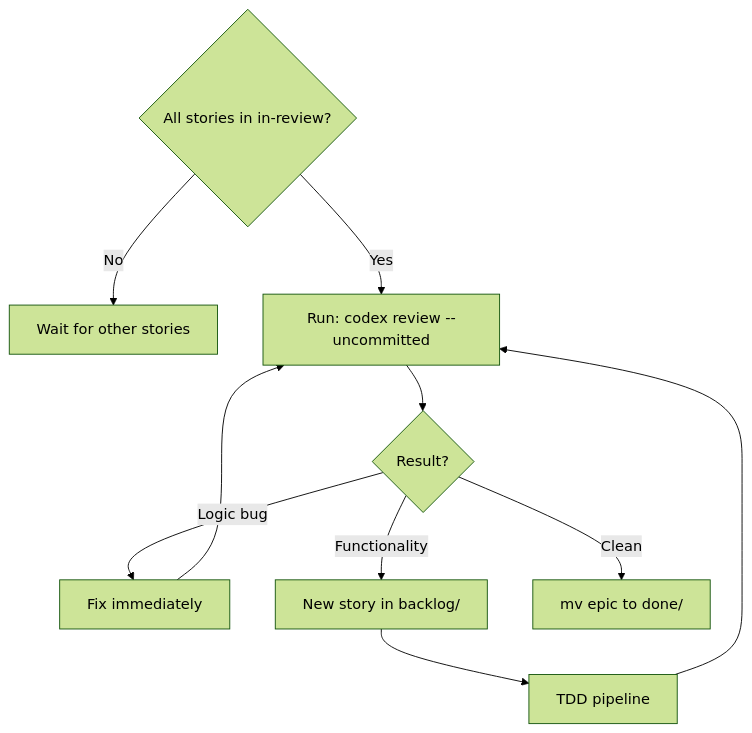
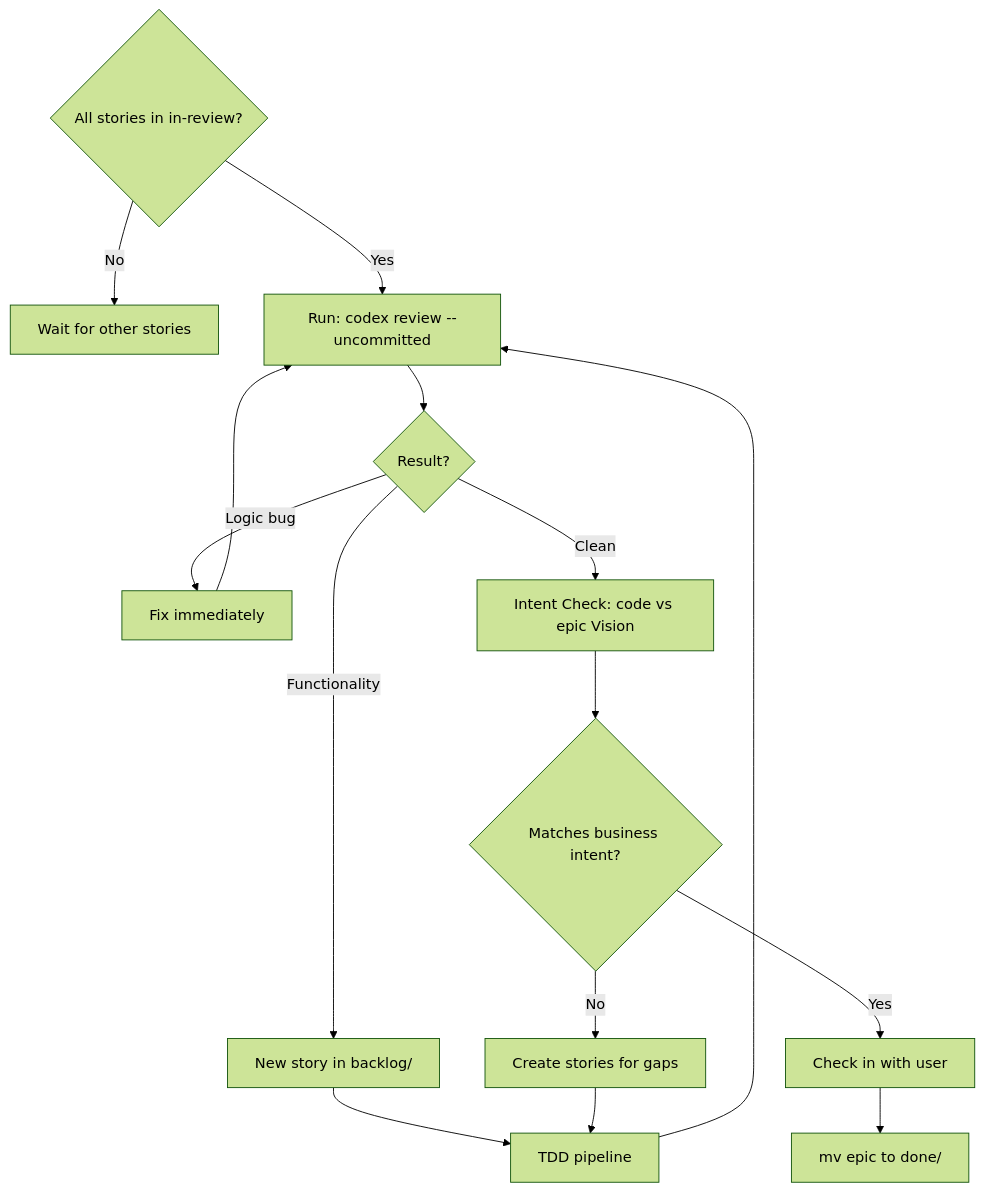
One commit to brysontang/domino changed the diagram in phases/in-review.md. Above: the diagram before and after it, drawn with Mermaid (forest theme). The commit also changed other lines of this file and 3 other files, not shown here.

First line of the commit message:
Add intent check and pin Codex CLI command

````diff
--- a/phases/in-review.md
+++ b/phases/in-review.md
@@ -5,10 +5,14 @@
 ```mermaid
 flowchart TD
     Check{All stories in in-review?}
     Check -->|No| Wait[Wait for other stories]
     Check -->|Yes| Codex[Run: codex review --uncommitted]
     Codex --> Result{Result?}
     Result -->|Logic bug| Fix[Fix immediately] --> Codex
     Result -->|Functionality| Story[New story in backlog/] --> TDD[TDD pipeline] --> Codex
-    Result -->|Clean| Done[mv epic to done/]
+    Result -->|Clean| Intent[Intent Check: code vs epic Vision]
+    Intent --> Match{Matches business intent?}
+    Match -->|No| Gap[Create stories for gaps] --> TDD
+    Match -->|Yes| User[Check in with user]
+    User --> Done[mv epic to done/]
 ```
````
